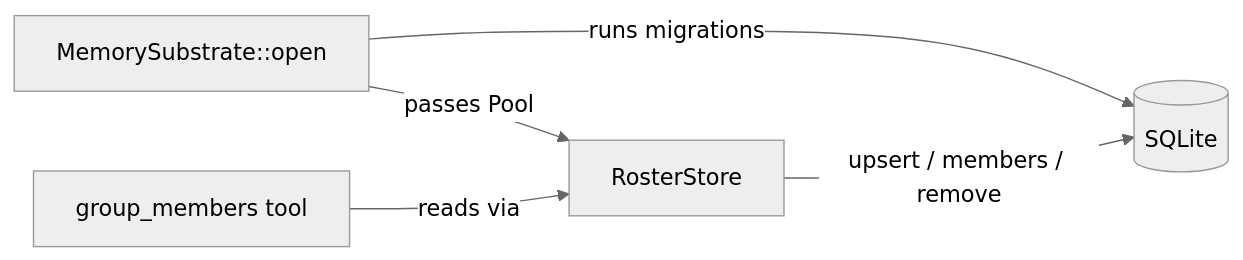
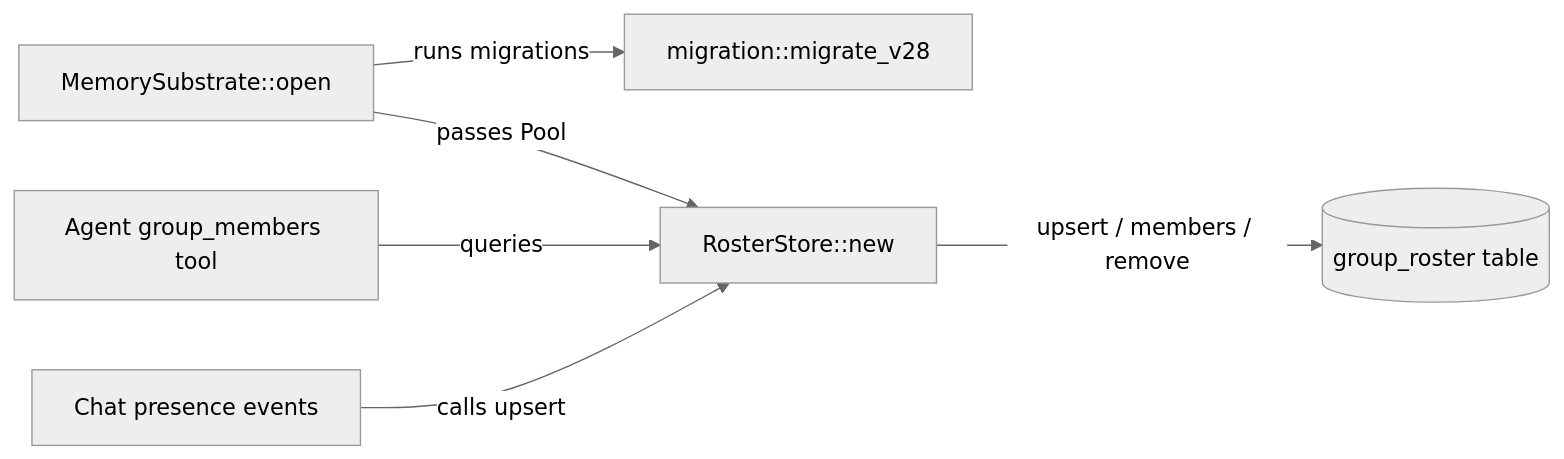
One commit to leszek3737/librefang-WIki changed the diagram in other-librefang-memory-src.md. Above: the diagram before and after it, drawn with Mermaid (neutral theme). The commit also changed other lines of this file and 70 other files, not shown here.

````diff
--- a/other-librefang-memory-src.md
+++ b/other-librefang-memory-src.md
@@ -16,7 +11,8 @@
 ```mermaid
 graph LR
-    A[MemorySubstrate::open] -->|runs migrations| B[(SQLite)]
-    A -->|passes Pool| C[RosterStore]
-    C -->|upsert / members / remove| B
-    D[group_members tool] -->|reads via| C
+    A[MemorySubstrate::open] -->|runs migrations| B[migration::migrate_v28]
+    A -->|passes Pool| C[RosterStore::new]
+    C -->|upsert / members / remove| D[(group_roster table)]
+    E[Agent group_members tool] -->|queries| C
+    F[Chat presence events] -->|calls upsert| C
 ```
````
